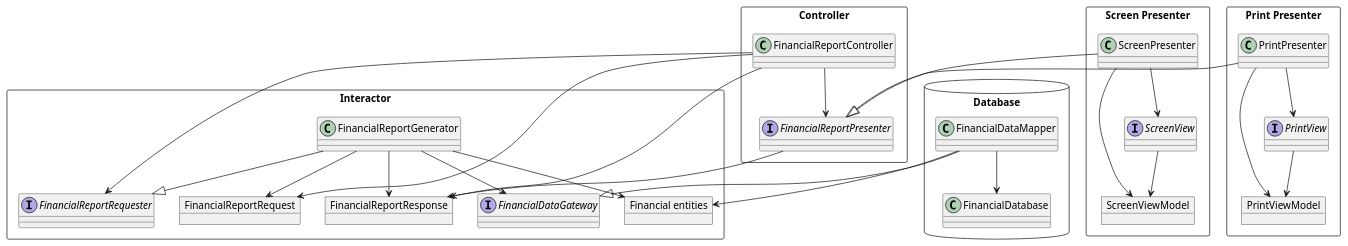
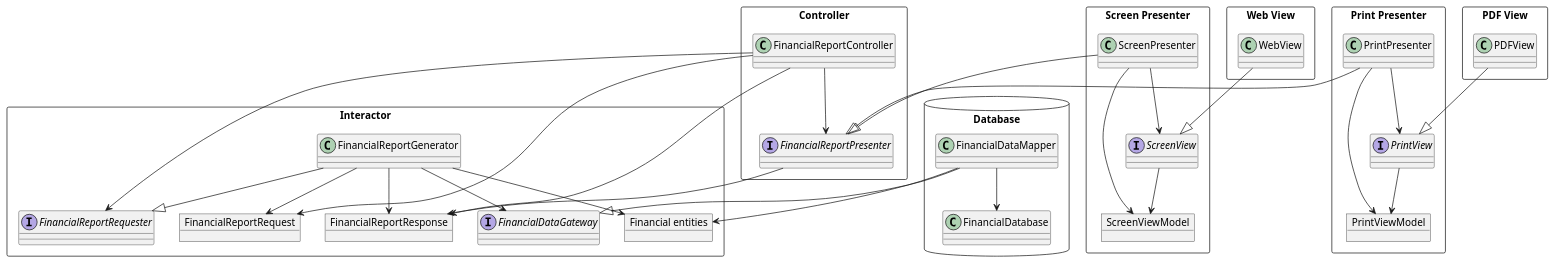
One commit to huland/logseq-notes changed the third of 3 diagrams in pages/Robert C. Martin - Clean Architecture A Craftsman's Guide to Software Structure and Design.md. Above: the diagram before and after it, drawn with PlantUML.

Commit message:
Auto saved by Logseq

```diff
--- a/pages/Robert C. Martin - Clean Architecture A Craftsman's Guide to Software Structure and Design.md
+++ b/pages/Robert C. Martin - Clean Architecture A Craftsman's Guide to Software Structure and Design.md
@@ -203,54 +203,62 @@
 				  @startuml
 				  
 				  rectangle Interactor {
 				    object FinancialReportRequest
 				    interface FinancialReportRequester
 				    object FinancialReportResponse
 				    class FinancialReportGenerator
 				    interface FinancialDataGateway
 				    object "Financial entities" as FinancialEntities
 				  }
 				  rectangle Controller {
 				    class FinancialReportController 
 				    interface FinancialReportPresenter
 				  }
 				  database Database {
 				    class FinancialDataMapper 
 				    class FinancialDatabase
 				  }
 				  rectangle "Screen Presenter" as ScreenPres {
 				    class ScreenPresenter
 				    object ScreenViewModel
 				    interface ScreenView
 				  }
 				  rectangle "Print Presenter" as PrintPres {
 				    class PrintPresenter
 				    object PrintViewModel
 				    interface PrintView
 				  } 
+				  
+				  rectangle "PDF View" as PDFV {
+				    class PDFView
+				  } 
+				  
+				  rectangle "Web View" as WebV {
+				    class WebView
+				  } 
+				  
 				  ScreenPresenter --> ScreenView
 				  ScreenView --> ScreenViewModel
 				  ScreenPresenter --> ScreenViewModel
 				  ScreenPresenter --|> FinancialReportPresenter
-				  
 				  PrintPresenter --> PrintView
 				  PrintView --> PrintViewModel
 				  PrintPresenter --> PrintViewModel
 				  PrintPresenter --|> FinancialReportPresenter
-				  
-				  
+				  WebView --|> ScreenView
+				  PDFView --|> PrintView
 				  FinancialReportController --> FinancialReportPresenter
 				  FinancialReportPresenter --> FinancialReportResponse
 				  FinancialReportController --> FinancialReportRequest
 				  FinancialReportController --> FinancialReportRequester
 				  FinancialReportGenerator --> FinancialReportRequest
 				  FinancialReportGenerator --> FinancialEntities
 				  FinancialReportGenerator --> FinancialReportResponse
 				  FinancialReportGenerator --> FinancialDataGateway
 				  FinancialReportGenerator --|> FinancialReportRequester
 				  FinancialReportController --> FinancialReportResponse
 				  FinancialDataMapper --> FinancialDatabase
 				  FinancialDataMapper --> FinancialEntities
 				  FinancialDataMapper --|> FinancialDataGateway
 				  
 				  @enduml
```
